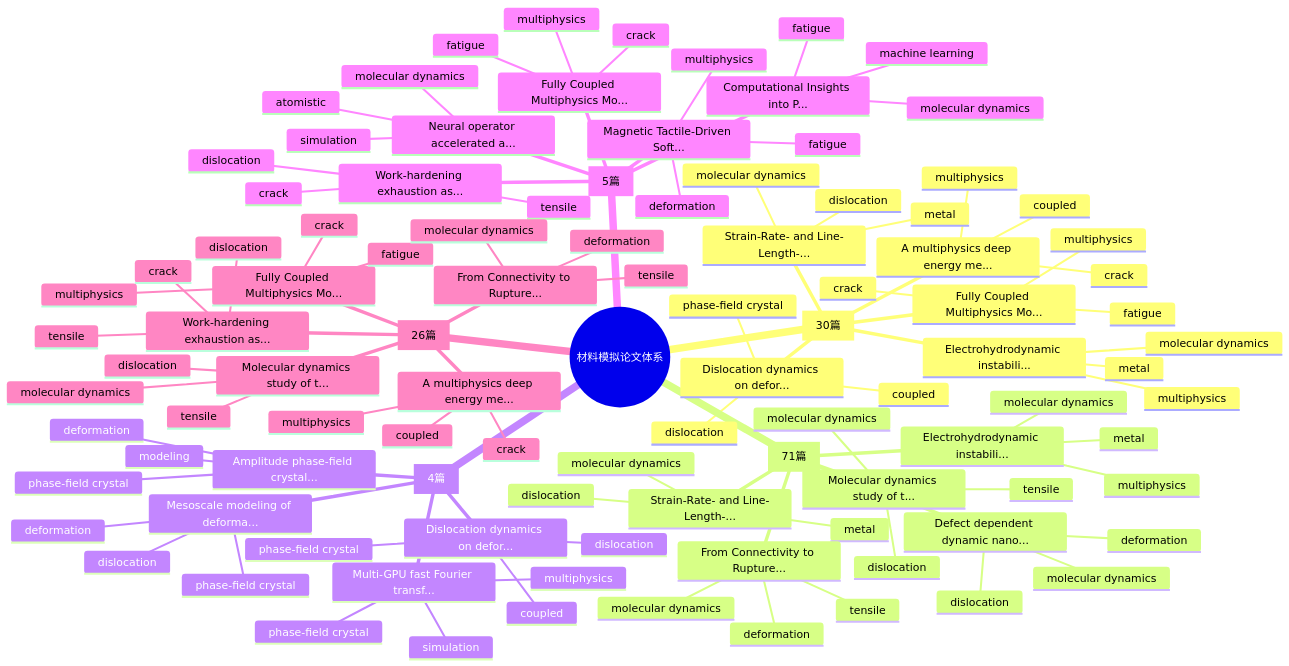
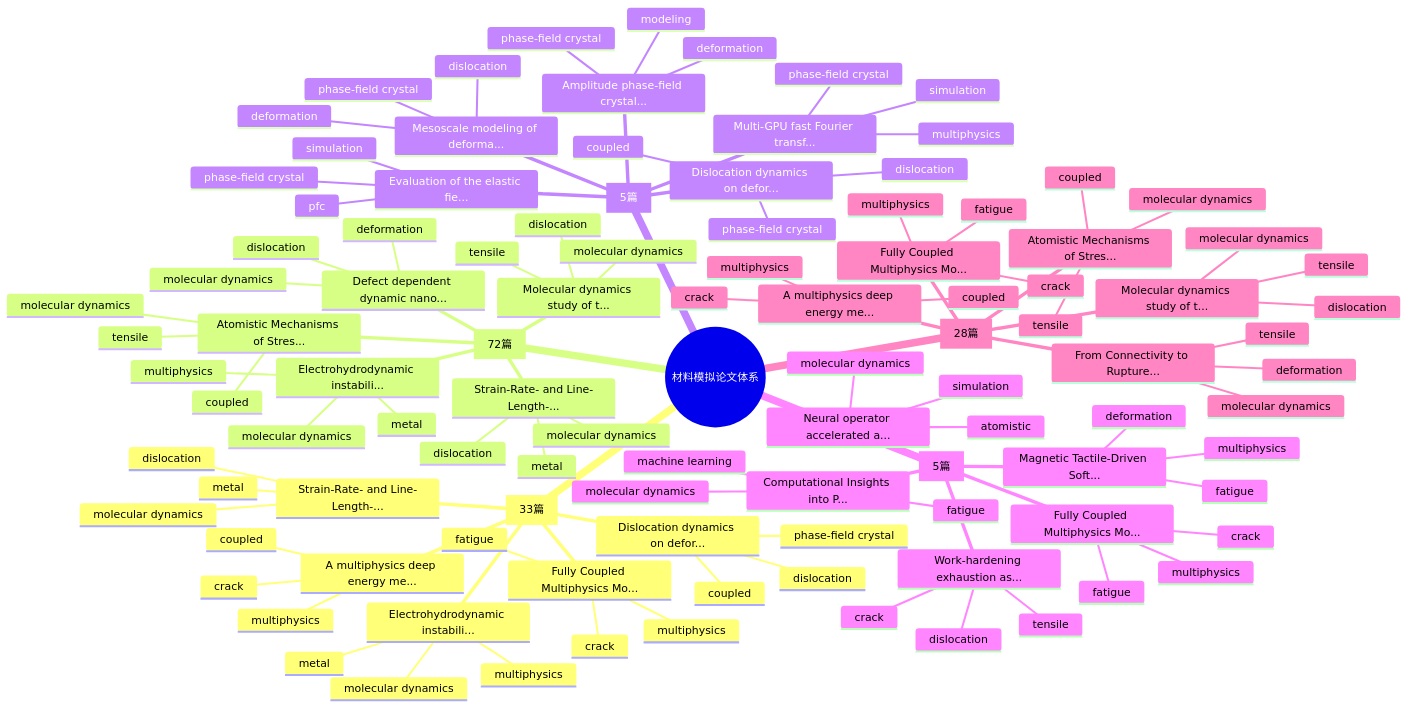
One commit to Shirakawa11111/BJK_readpaper changed the first of 2 diagrams in reports/knowledge_graph.md. Above: the diagram before and after it, drawn with Mermaid. The commit also changed other lines of this file and 16 other files, not shown here.

````diff
--- a/reports/knowledge_graph.md
+++ b/reports/knowledge_graph.md
@@ -7,7 +7,7 @@
 ```mermaid
 mindmap
   root((材料模拟论文体系))
-    Multiphysics Coupling [30篇]
+    Multiphysics Coupling [33篇]
       Fully Coupled Multiphysics Mo...
         fatigue
         multiphysics
@@ -28,7 +28,7 @@
         molecular dynamics
         dislocation
         metal
-    Molecular Dynamics [71篇]
+    Molecular Dynamics [72篇]
       Molecular dynamics study of t...
         molecular dynamics
         dislocation
@@ -45,11 +45,11 @@
         molecular dynamics
         dislocation
         metal
-      From Connectivity to Rupture...
+      Atomistic Mechanisms of Stres...
         molecular dynamics
         tensile
-        deformation
-    Phase-Field Crystal [4篇]
+        coupled
+    Phase-Field Crystal [5篇]
       Dislocation dynamics on defor...
         phase-field crystal
         dislocation
@@ -66,6 +66,10 @@
         phase-field crystal
         dislocation
         deformation
+      Evaluation of the elastic fie...
+        phase-field crystal
+        pfc
+        simulation
     Metal Fatigue Simulation [5篇]
       Fully Coupled Multiphysics Mo...
         fatigue
@@ -87,7 +91,7 @@
         molecular dynamics
         atomistic
         simulation
-    Tensile / Deformation Simulation [26篇]
+    Tensile / Deformation Simulation [28篇]
       Fully Coupled Multiphysics Mo...
         fatigue
         multiphysics
@@ -100,12 +104,12 @@
         multiphysics
         crack
         coupled
+      Atomistic Mechanisms of Stres...
+        molecular dynamics
+        tensile
+        coupled
       From Connectivity to Rupture...
         molecular dynamics
         tensile
         deformation
-      Work-hardening exhaustion as...
-        crack
-        dislocation
-        tensile
 ```
````
